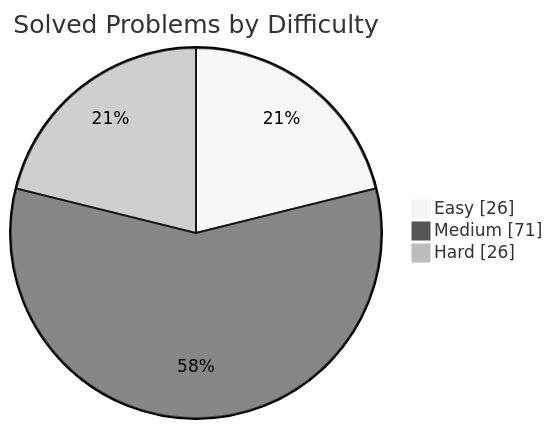
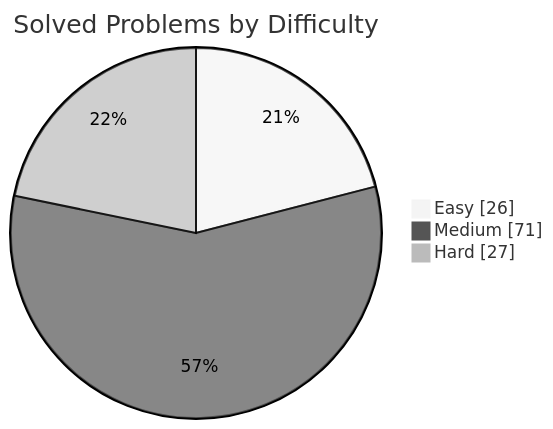
One commit to manikantbindass/DSA-Preparation-FAANG changed the first of 2 diagrams in README.md. Above: the diagram before and after it, drawn with Mermaid (neutral theme). The commit also changed other lines of this file, not shown here.

````diff
--- a/README.md
+++ b/README.md
@@ -38,7 +38,7 @@
 ```mermaid
 pie showData
     title Solved Problems by Difficulty
     "Easy" : 26
     "Medium" : 71
-    "Hard" : 26
+    "Hard" : 27
 ```
````
